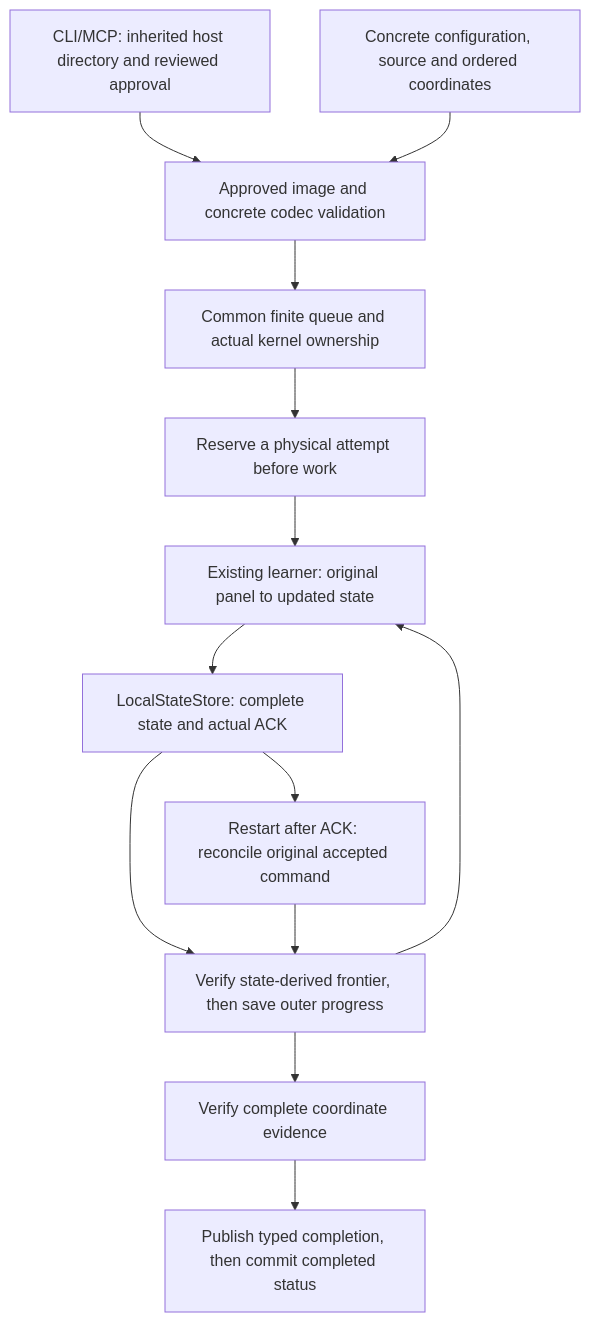
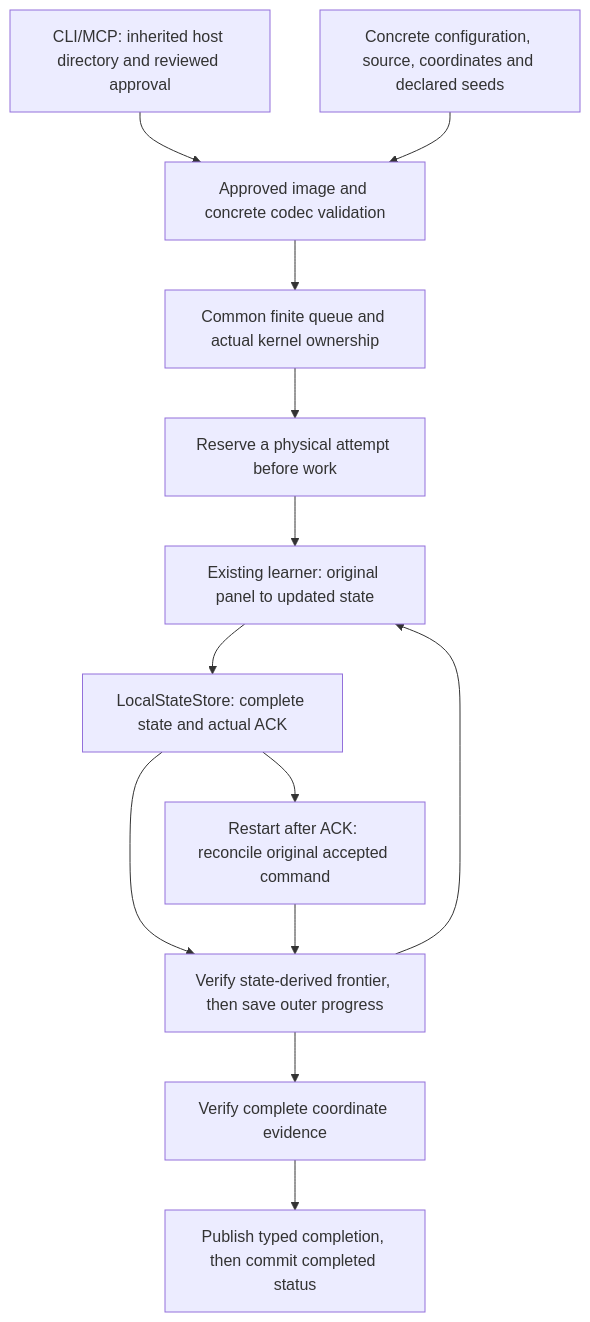
One commit to jacksonpradolima/coleman changed the first of 2 diagrams in docs/typed-execution.md. Above: the diagram before and after it, drawn with Mermaid. The commit also changed other lines of this file and 13 other files, not shown here.

````diff
--- a/docs/typed-execution.md
+++ b/docs/typed-execution.md
@@ -45,15 +46,15 @@
 ```mermaid
 flowchart TD
     H["CLI/MCP: inherited host directory and reviewed approval"] --> P
-    I["Concrete configuration, source and ordered coordinates"] --> P["Approved image and concrete codec validation"]
+    I["Concrete configuration, source, coordinates and declared seeds"] --> P["Approved image and concrete codec validation"]
     P --> Q["Common finite queue and actual kernel ownership"]
     Q --> A["Reserve a physical attempt before work"]
     A --> L["Existing learner: original panel to updated state"]
     L --> C["LocalStateStore: complete state and actual ACK"]
     C --> F["Verify state-derived frontier, then save outer progress"]
     F --> L
     F --> R["Verify complete coordinate evidence"]
     R --> O["Publish typed completion, then commit completed status"]
     C --> G["Restart after ACK: reconcile original accepted command"]
     G --> F
 ```
````
